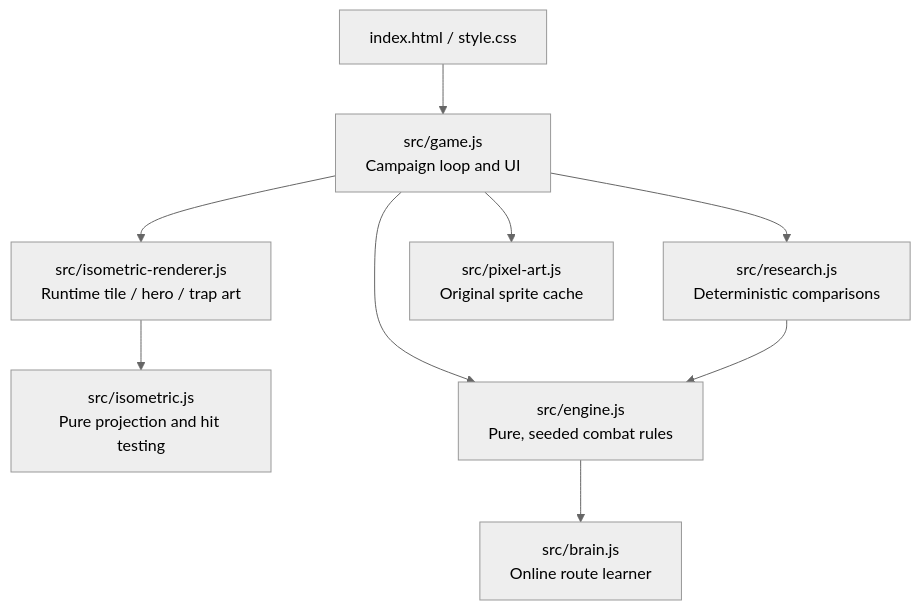
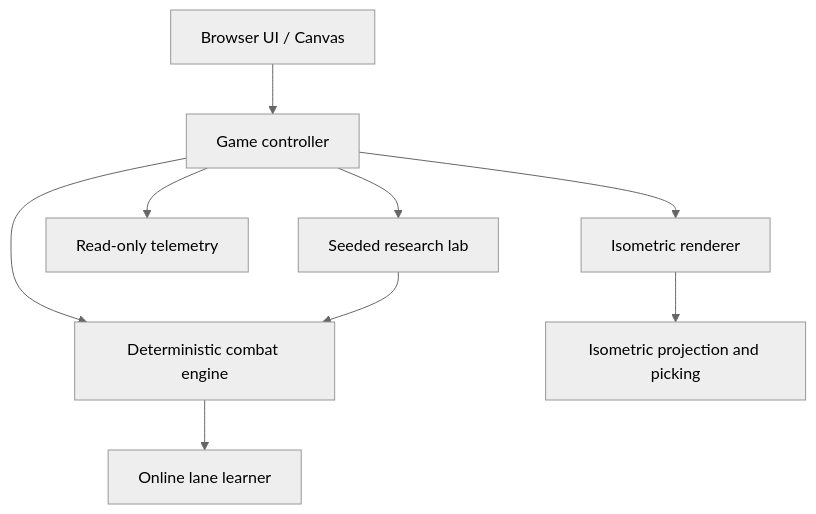
Before and after one commit to Ikteder/TrapScholar: the second of 2 diagrams in README.md, drawn with Mermaid (neutral theme). The commit also changed other lines of this file and 13 other files, not shown here.

Commit message:
feat: TrapScholar v2.1 polish README, live metrics and risk overlay

````diff
--- a/README.md
+++ b/README.md
@@ -133,18 +148,11 @@
 ```mermaid
 flowchart TB
-    UI[index.html / style.css] --> GAME[src/game.js
-Campaign loop and UI]
-    GAME --> ART[src/isometric-renderer.js
-Runtime tile / hero / trap art]
-    ART --> PROJ[src/isometric.js
-Pure projection and hit testing]
-    GAME --> ENGINE[src/engine.js
-Pure, seeded combat rules]
-    ENGINE --> BRAIN[src/brain.js
-Online route learner]
-    GAME --> RESEARCH[src/research.js
-Deterministic comparisons]
-    RESEARCH --> ENGINE
-    GAME --> PIXEL[src/pixel-art.js
-Original sprite cache]
+    UI["Browser UI / Canvas"] --> GAME["Game controller"]
+    GAME --> RENDER["Isometric renderer"]
+    GAME --> ENGINE["Deterministic combat engine"]
+    ENGINE --> LEARNER["Online lane learner"]
+    GAME --> METRICS["Read-only telemetry"]
+    GAME --> LAB["Seeded research lab"]
+    LAB --> ENGINE
+    RENDER --> PROJECTION["Isometric projection and picking"]
 ```
````
